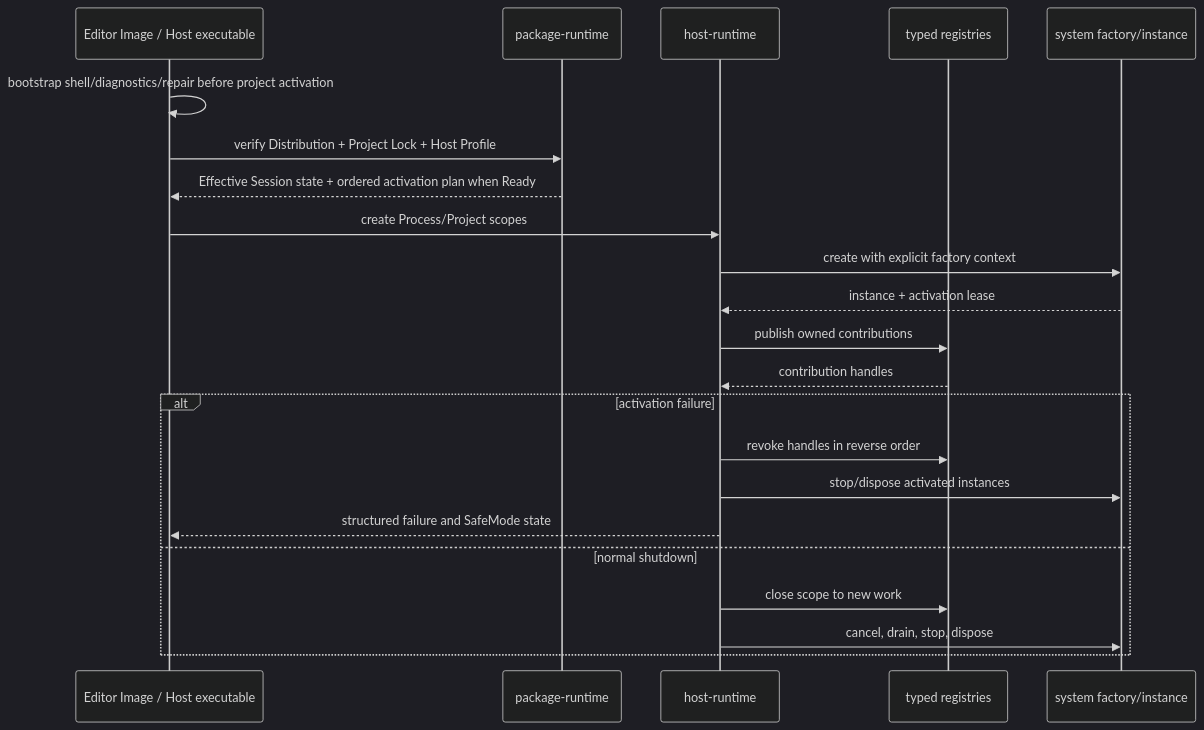
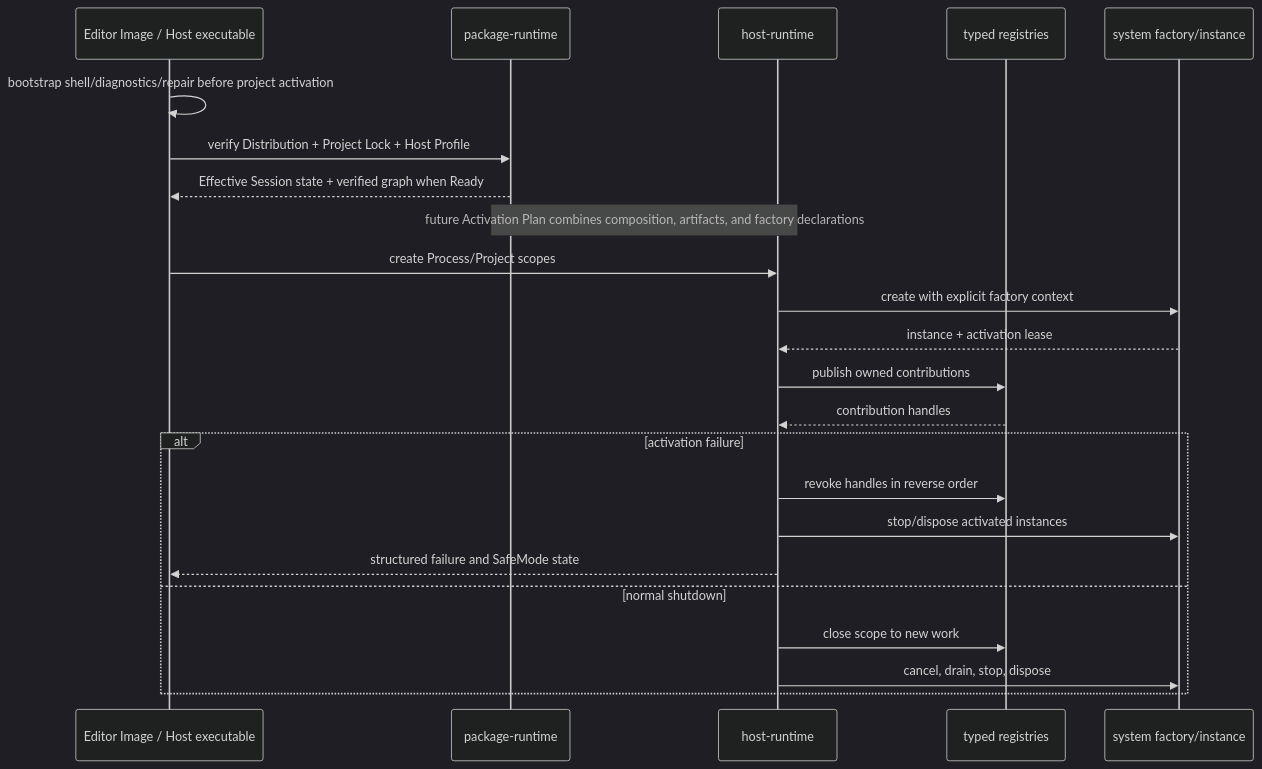
Before and after one commit to 66six11/Engine: the fourth of 4 diagrams in docs/architecture/foundation-framework.md, drawn with Mermaid (dark theme). The commit also changed other lines of this file and 11 other files, not shown here.

First line of the commit message:
feat: define package factory lifecycle contracts

````diff
--- a/docs/architecture/foundation-framework.md
+++ b/docs/architecture/foundation-framework.md
@@ -226,25 +226,26 @@
 ```mermaid
 sequenceDiagram
     participant Image as Editor Image / Host executable
     participant Package as package-runtime
     participant Host as host-runtime
     participant Registry as typed registries
     participant System as system factory/instance
 
     Image->>Image: bootstrap shell/diagnostics/repair before project activation
     Image->>Package: verify Distribution + Project Lock + Host Profile
-    Package-->>Image: Effective Session state + ordered activation plan when Ready
+    Package-->>Image: Effective Session state + verified graph when Ready
+    Note over Package,Host: future Activation Plan combines composition, artifacts, and factory declarations
     Image->>Host: create Process/Project scopes
     Host->>System: create with explicit factory context
     System-->>Host: instance + activation lease
     Host->>Registry: publish owned contributions
     Registry-->>Host: contribution handles
     alt activation failure
         Host->>Registry: revoke handles in reverse order
         Host->>System: stop/dispose activated instances
         Host-->>Image: structured failure and SafeMode state
     else normal shutdown
         Host->>Registry: close scope to new work
         Host->>System: cancel, drain, stop, dispose
     end
 ```
````
